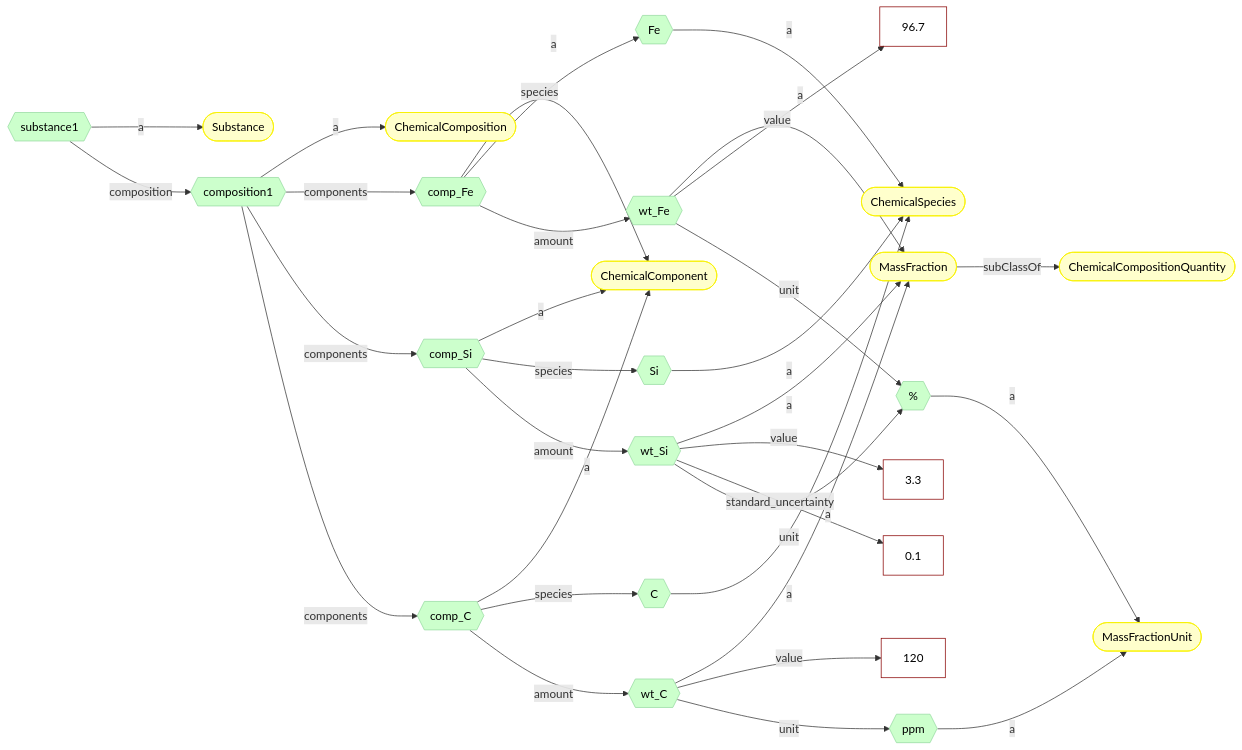
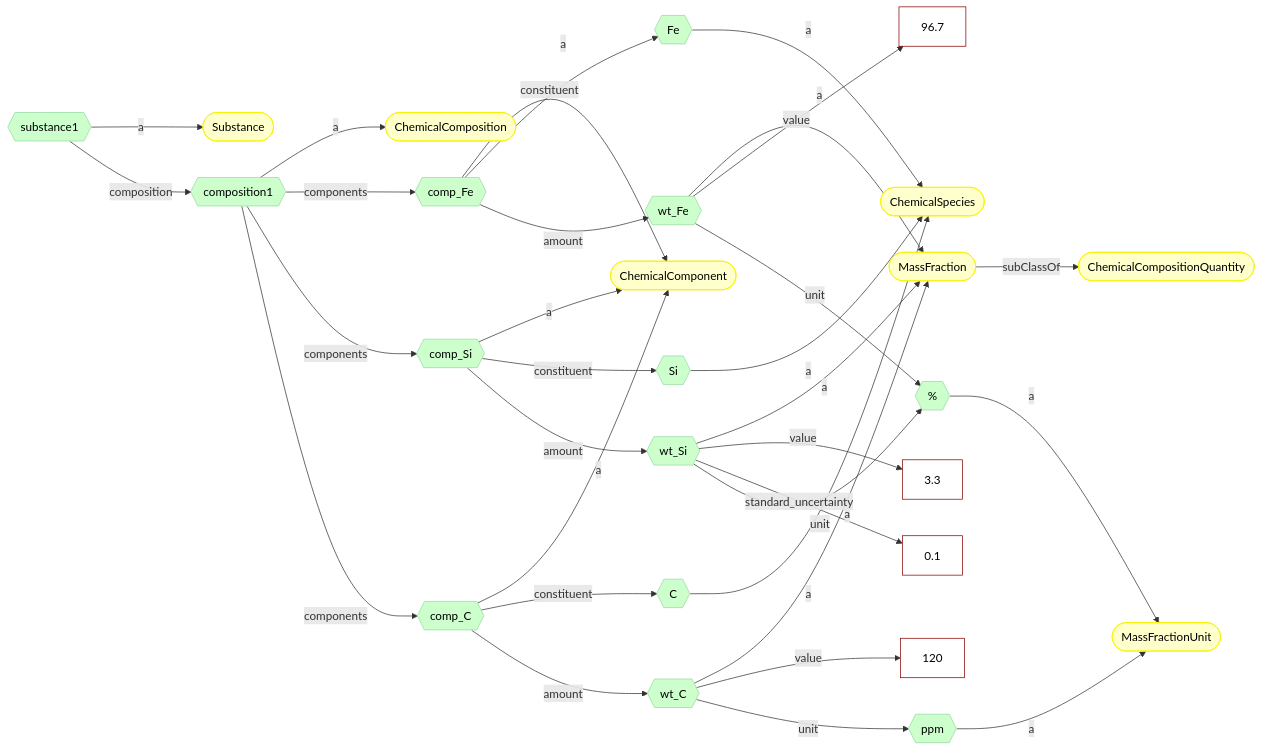
One commit to OO-LD/oold-reference-schemas changed the diagram in docs/modules/materials/composition/chemicalcomposition/index.md. Above: the diagram before and after it, drawn with Mermaid. The commit also changed other lines of this file and 8 other files, not shown here.

````diff
--- a/docs/modules/materials/composition/chemicalcomposition/index.md
+++ b/docs/modules/materials/composition/chemicalcomposition/index.md
@@ -25,33 +25,33 @@
 ```mermaid
 flowchart LR
     a{{substance1}}--> |a| A([Substance])
     b{{composition1}}--> |a| B([ChemicalComposition])
     c1{{comp_Fe}} & c2{{comp_Si}} & c3{{comp_C}}--> |a| C([ChemicalComponent])
     d1{{Fe}} & d2{{Si}} & d3{{C}}--> |a| D([ChemicalSpecies])
     e1{{wt_Fe}} & e2{{wt_Si}} & e3{{wt_C}}--> |a| E1([MassFraction])-->|subClassOf| E2([ChemicalCompositionQuantity])
     g1{{%}} & g2{{ppm}}--> |a| G([MassFractionUnit])
 
     a -->|composition| b
     b -->|components| c1 & c2 & c3
-    c1 -->|species| d1
-    c2 -->|species| d2
-    c3 -->|species| d3
+    c1 -->|constituent| d1
+    c2 -->|constituent| d2
+    c3 -->|constituent| d3
     c1 -->|amount| e1
     c2 -->|amount| e2
     c3 -->|amount| e3
     e1 -->|value| f1[96.7]
     e2 -->|value| f2[3.3]
     e3 -->|value| f3[120]
     e2 -->|standard_uncertainty| f4[0.1]
     e1 -->|unit| g1
     e2 -->|unit| g1
     e3 -->|unit| g2
 
     classDef cls fill:#ffc,stroke:#f8f200,color:#000
     classDef indv fill:#cfc,stroke:#96daa1,color:#000
     classDef literal fill:none,stroke:#800,color:#000
 
     class A,B,C,D,E1,E2,G cls
     class a,b,c1,c2,c3,d1,d2,d3,e1,e2,e3,g1,g2 indv
     class f1,f2,f3,f4 literal
 ```
````
